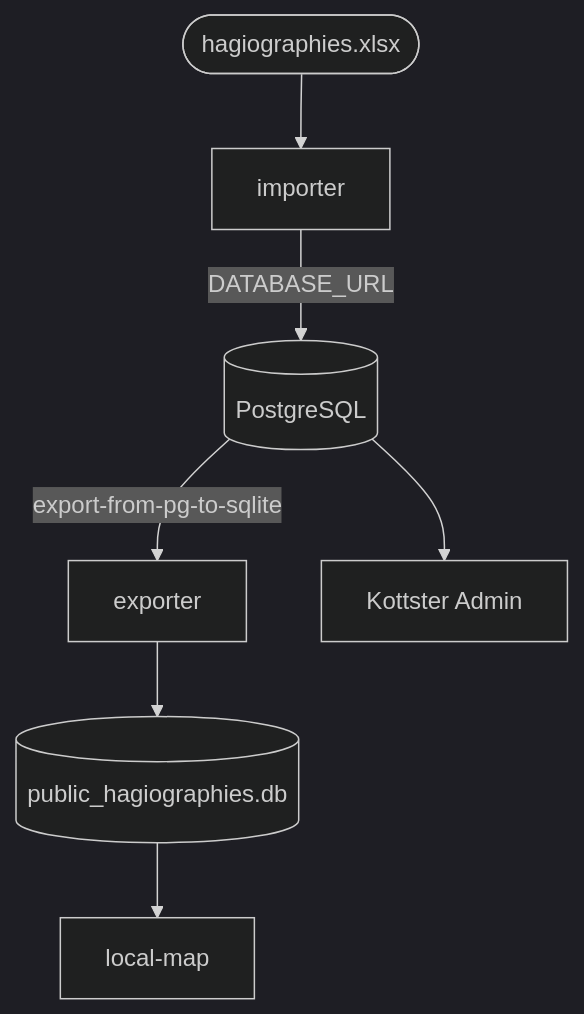
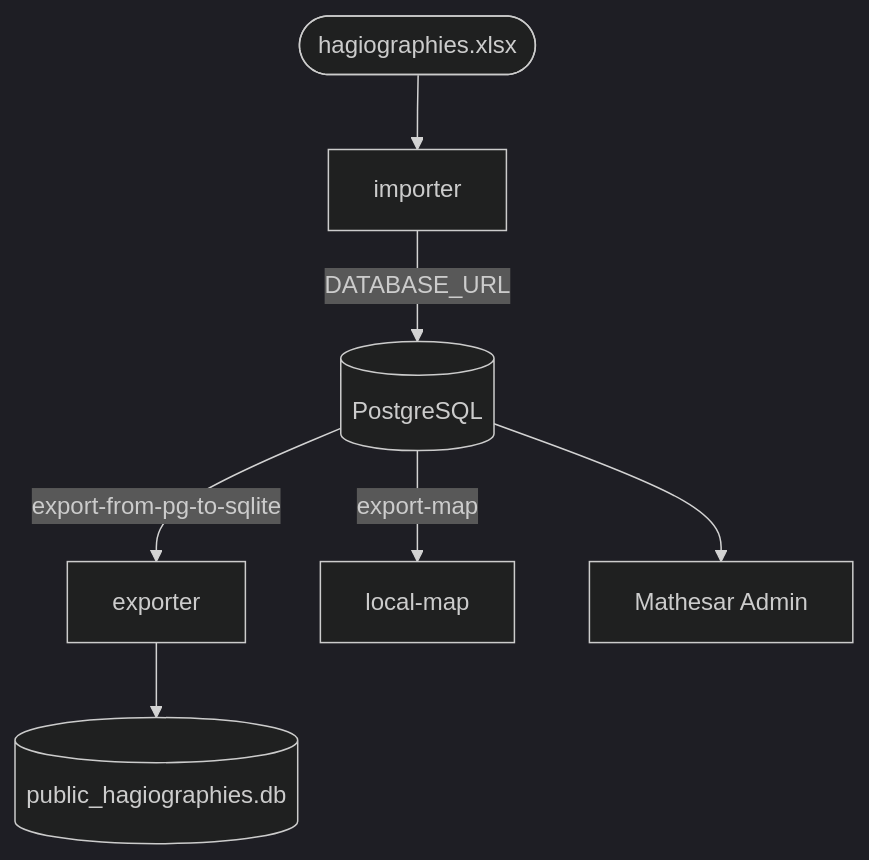
Before and after one commit to GhentCDH/Hagiographies: the diagram in MIGRATION_POSTGRESQL.md, drawn with Mermaid (dark theme). The commit also changed other lines of this file and 59 other files, not shown here.

````diff
--- a/MIGRATION_POSTGRESQL.md
+++ b/MIGRATION_POSTGRESQL.md
@@ -57,9 +25,9 @@
 ```mermaid
 graph TD
     Excel([hagiographies.xlsx]) --> Importer[importer]
     Importer -->|DATABASE_URL| PG[(PostgreSQL)]
     PG -->|export-from-pg-to-sqlite| Exporter[exporter]
     Exporter --> SQLite[(public_hagiographies.db)]
-    SQLite --> MapLibre[local-map]
-    PG --> Kottster[Kottster Admin]
+    PG -->|export-map| MapLibre[local-map]
+    PG --> Mathesar[Mathesar Admin]
 ```
````
